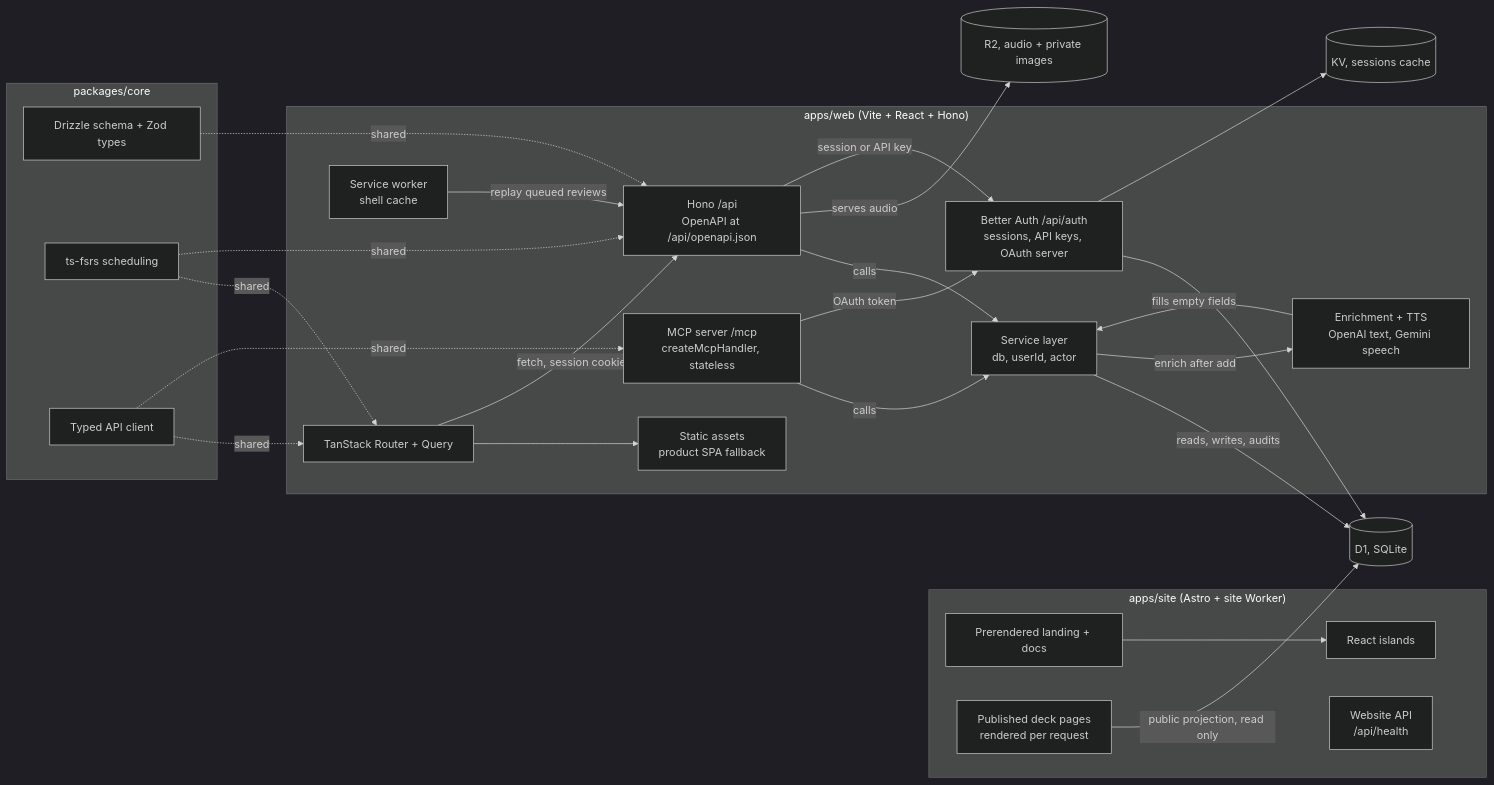
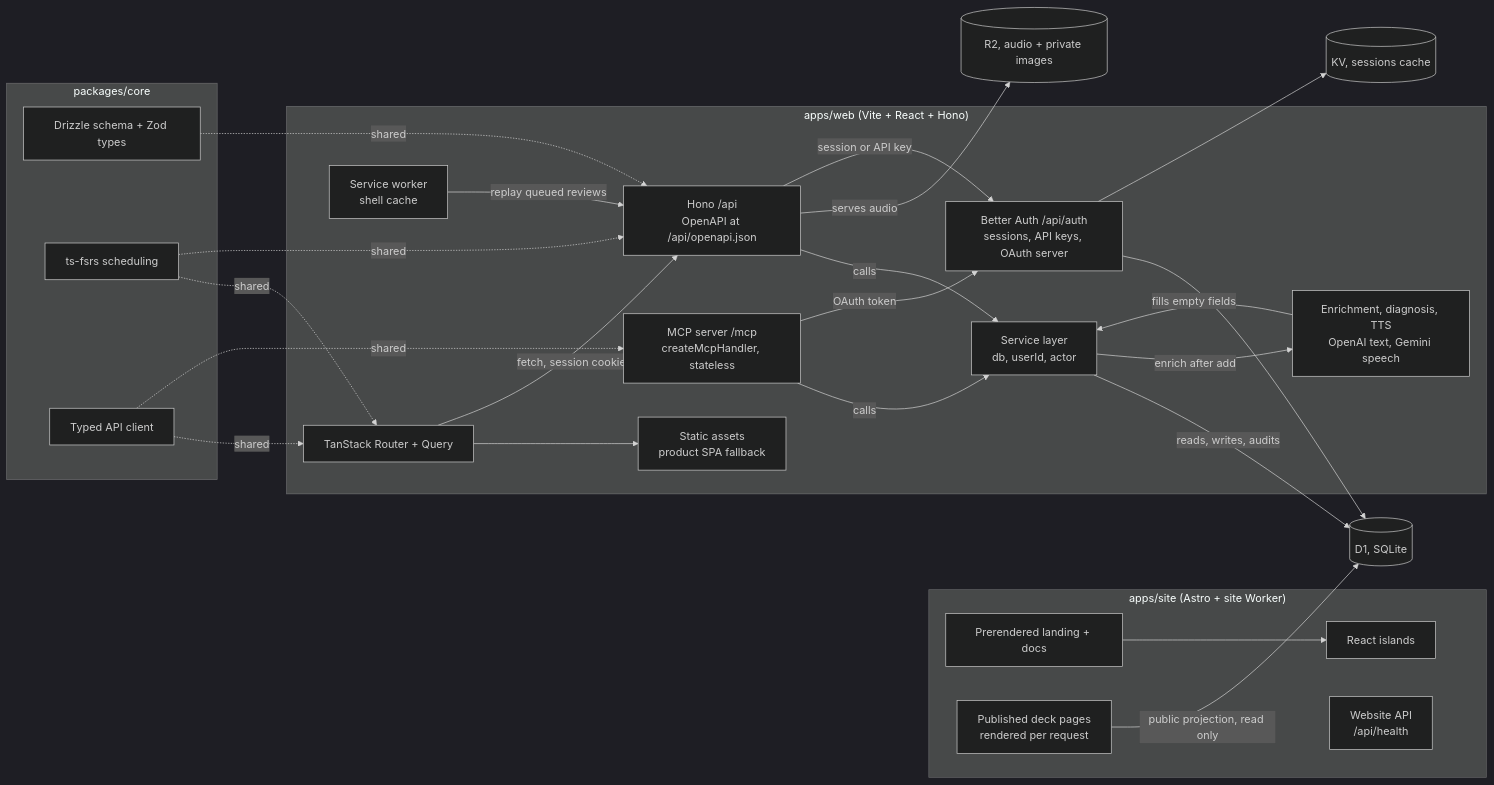
One commit to krambertech/lymi changed the diagram in docs/stack.md. Above: the diagram before and after it, drawn with Mermaid (dark theme). The commit also changed other lines of this file and 35 other files, not shown here.

````diff
--- a/docs/stack.md
+++ b/docs/stack.md
@@ -9,48 +9,48 @@
 ```mermaid
 flowchart LR
   subgraph Site["apps/site (Astro + site Worker)"]
     Public[Prerendered landing + docs]
     Islands[React islands]
     Catalog[Published deck pages\nrendered per request]
     Health[Website API\n/api/health]
   end
   subgraph Product["apps/web (Vite + React + Hono)"]
     UI[TanStack Router + Query]
     SW[Service worker\nshell cache]
     Assets[Static assets\nproduct SPA fallback]
     API[Hono /api\nOpenAPI at /api/openapi.json]
     Services[Service layer\ndb, userId, actor]
     Auth[Better Auth /api/auth\nsessions, API keys, OAuth server]
     MCP[MCP server /mcp\ncreateMcpHandler, stateless]
-    AI[Enrichment + TTS\nOpenAI text, Gemini speech]
+    AI[Enrichment, diagnosis, TTS\nOpenAI text, Gemini speech]
   end
   subgraph Core["packages/core"]
     Schema[Drizzle schema + Zod types]
     FSRS[ts-fsrs scheduling]
     Client[Typed API client]
   end
   D1[(D1, SQLite)]
   R2[(R2, audio + private images)]
   KV[(KV, sessions cache)]
 
   Public --> Islands
   Catalog -->|public projection, read only| D1
   UI --> Assets
   UI -->|fetch, session cookie| API
   SW -->|replay queued reviews| API
   API -->|calls| Services
   MCP -->|calls| Services
   Services -->|reads, writes, audits| D1
   Services -->|enrich after add| AI
   AI -->|fills empty fields| Services
   API -->|serves audio| R2
   API -->|session or API key| Auth
   MCP -->|OAuth token| Auth
   Auth --> D1
   Auth --> KV
   Client -.shared.-> UI
   Client -.shared.-> MCP
   Schema -.shared.-> API
   FSRS -.shared.-> UI
   FSRS -.shared.-> API
 ```
````
